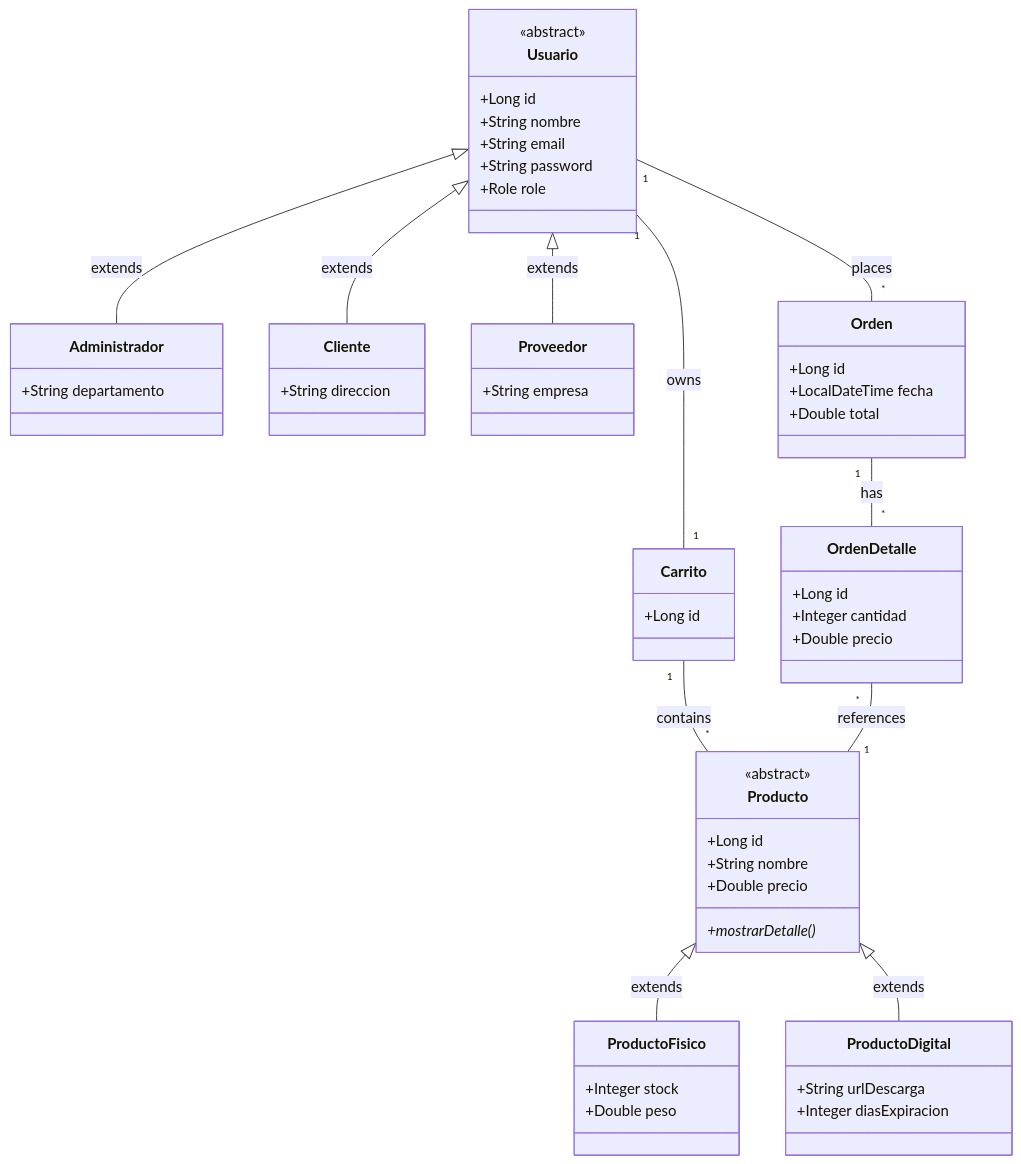
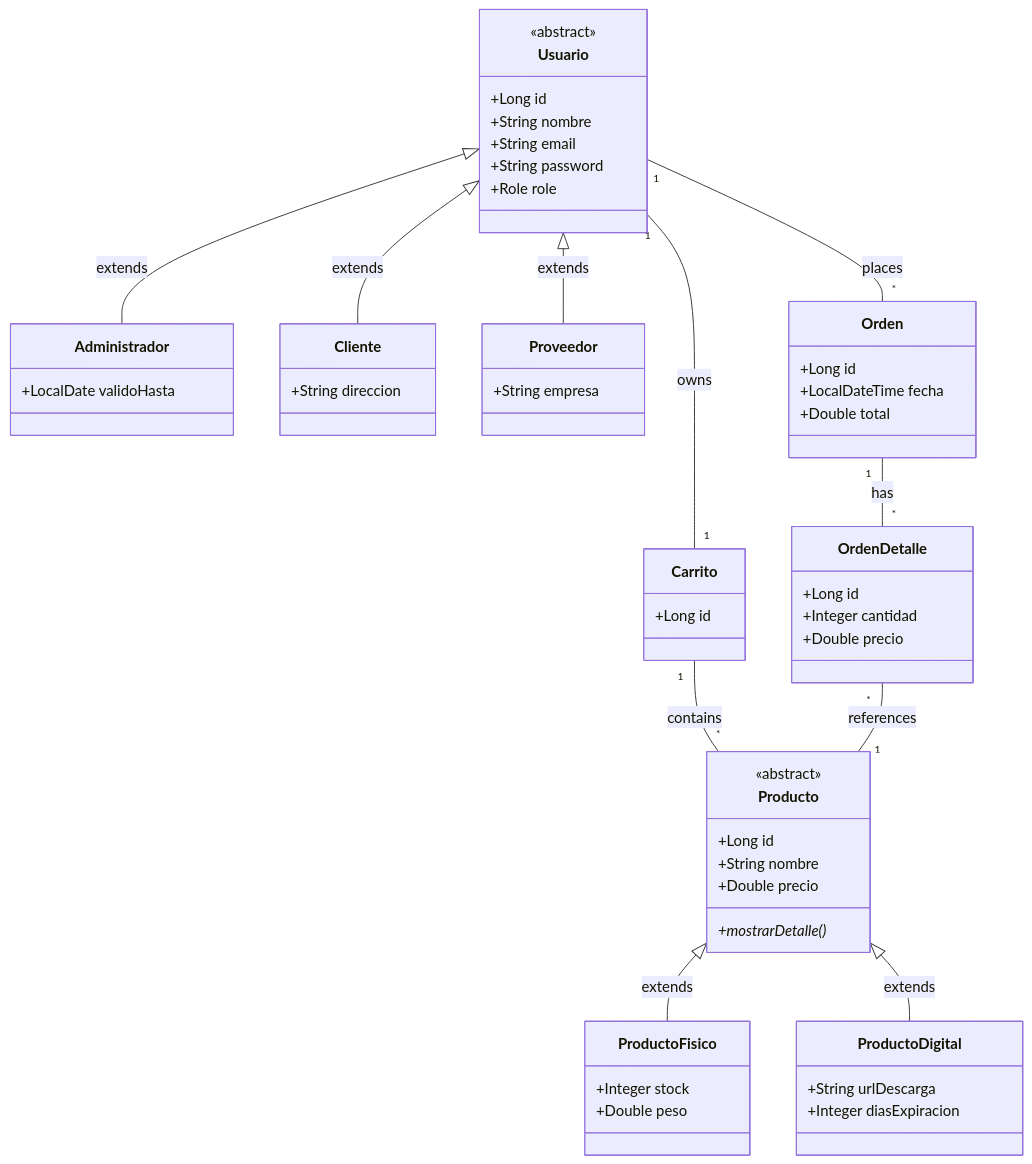
One commit to RBCuevasEscobar/BIU-M2-app changed the diagram in backend/README.md. Above: the diagram before and after it, drawn with Mermaid. The commit also changed other lines of this file and 1 other file, not shown here.

````diff
--- a/backend/README.md
+++ b/backend/README.md
@@ -438,71 +445,71 @@
 ```mermaid
 classDiagram
     class Usuario {
         <<abstract>>
         +Long id
         +String nombre
         +String email
         +String password
         +Role role
     }
     
     class Administrador {
-        +String departamento
+        +LocalDate validoHasta
     }
     
     class Cliente {
         +String direccion
     }
     
     class Proveedor {
         +String empresa
     }
     
     class Producto {
         <<abstract>>
         +Long id
         +String nombre
         +Double precio
         +mostrarDetalle()*
     }
     
     class ProductoFisico {
         +Integer stock
         +Double peso
     }
     
     class ProductoDigital {
         +String urlDescarga
         +Integer diasExpiracion
     }
     
     class Carrito {
         +Long id
     }
     
     class Orden {
         +Long id
         +LocalDateTime fecha
         +Double total
     }
     
     class OrdenDetalle {
         +Long id
         +Integer cantidad
         +Double precio
     }
     
     Usuario <|-- Administrador : extends
     Usuario <|-- Cliente : extends
     Usuario <|-- Proveedor : extends
     
     Producto <|-- ProductoFisico : extends
     Producto <|-- ProductoDigital : extends
     
     Usuario "1" -- "1" Carrito : owns
     Carrito "1" -- "*" Producto : contains
     
     Usuario "1" -- "*" Orden : places
     Orden "1" -- "*" OrdenDetalle : has
     OrdenDetalle "*" -- "1" Producto : references
 ```
````
